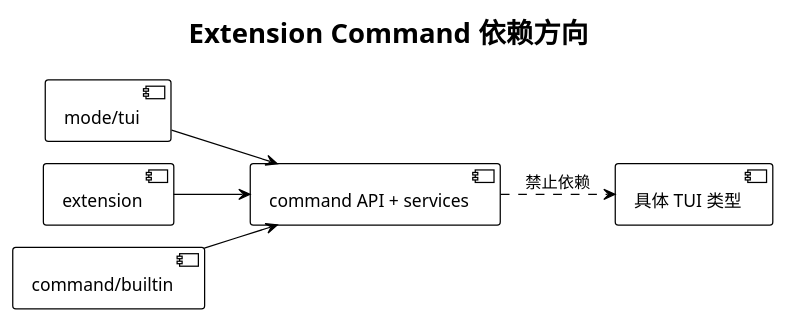
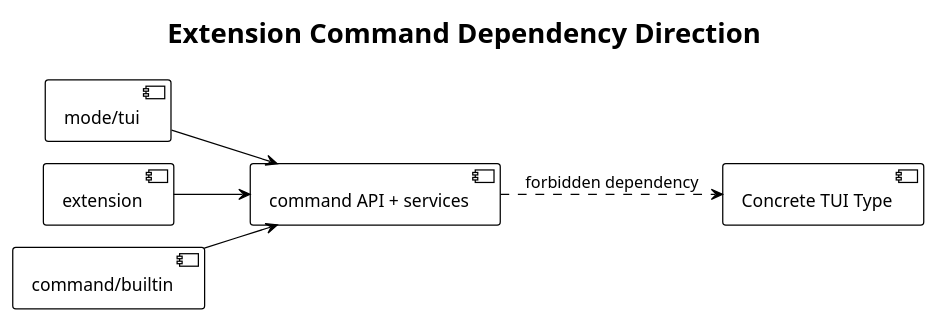
Diagram 15 of 20 in diagrams/extension-command/diagram.puml (superheromeZzh/pi-mono-java-design), drawn with PlantUML before and after one commit. The commit also changed other lines of this file and 48 other files, not shown here.

Commit message:
docs: require English PlantUML diagrams

```diff
--- a/diagrams/extension-command/diagram.puml
+++ b/diagrams/extension-command/diagram.puml
@@ -528,22 +528,22 @@
 @startuml 15-dependency-direction
 ' Java target architecture; pi source is not applicable.
 ' Design reason: keep command core reusable by TUI, extension, built-in, and future RPC adapters.
 !theme plain
 !pragma layout smetana
-skinparam defaultFontName "PingFang SC"
+skinparam defaultFontName "SansSerif"
 skinparam shadowing false
 skinparam backgroundColor transparent
-title Extension Command 依赖方向
+title Extension Command Dependency Direction
 
 left to right direction
 component "mode/tui" as tui
 component "command API + services" as command
 component extension
 component "command/builtin" as builtin
-component "具体 TUI 类型" as noTui
+component "Concrete TUI Type" as noTui
 
 tui --> command
 extension --> command
 builtin --> command
-command ..> noTui : 禁止依赖
+command ..> noTui : forbidden dependency
 @enduml
```
